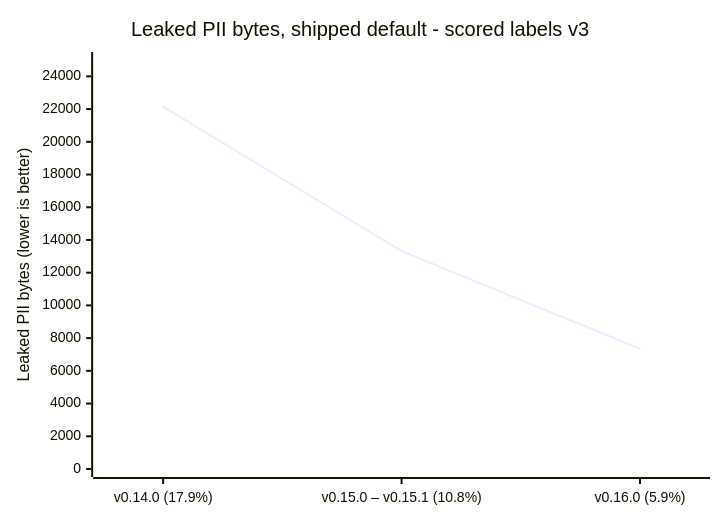
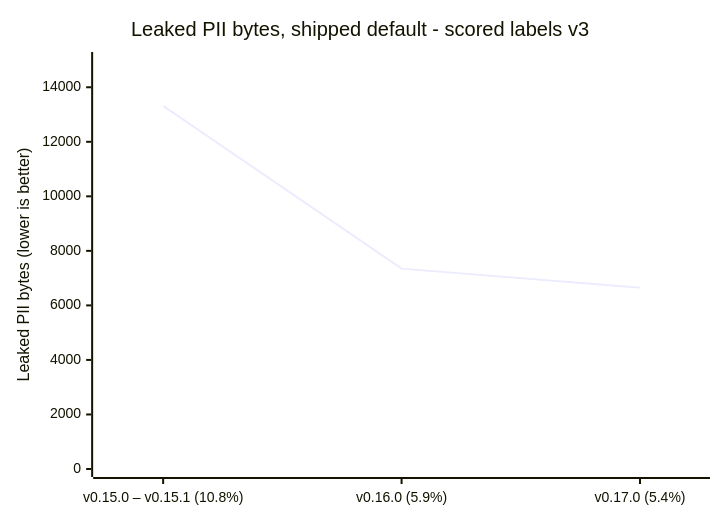
Before and after one commit to CertaMesh/gaze: the fifth of 12 diagrams in docs/reference/benchmarks/README.md, drawn with Mermaid. The commit also changed other lines of this file and 26 other files, not shown here.

````diff
--- a/docs/reference/benchmarks/README.md
+++ b/docs/reference/benchmarks/README.md
@@ -537,7 +624,7 @@
 ```mermaid
 xychart-beta
     title "Leaked PII bytes, shipped default - scored labels v3"
-    x-axis ["v0.14.0 (17.9%)", "v0.15.0 – v0.15.1 (10.8%)", "v0.16.0 (5.9%)"]
-    y-axis "Leaked PII bytes (lower is better)" 0 --> 25000
-    line [22144, 13319, 7348]
+    x-axis ["v0.15.0 – v0.15.1 (10.8%)", "v0.16.0 (5.9%)", "v0.17.0 (5.4%)"]
+    y-axis "Leaked PII bytes (lower is better)" 0 --> 15000
+    line [13319, 7348, 6652]
 ```
````
